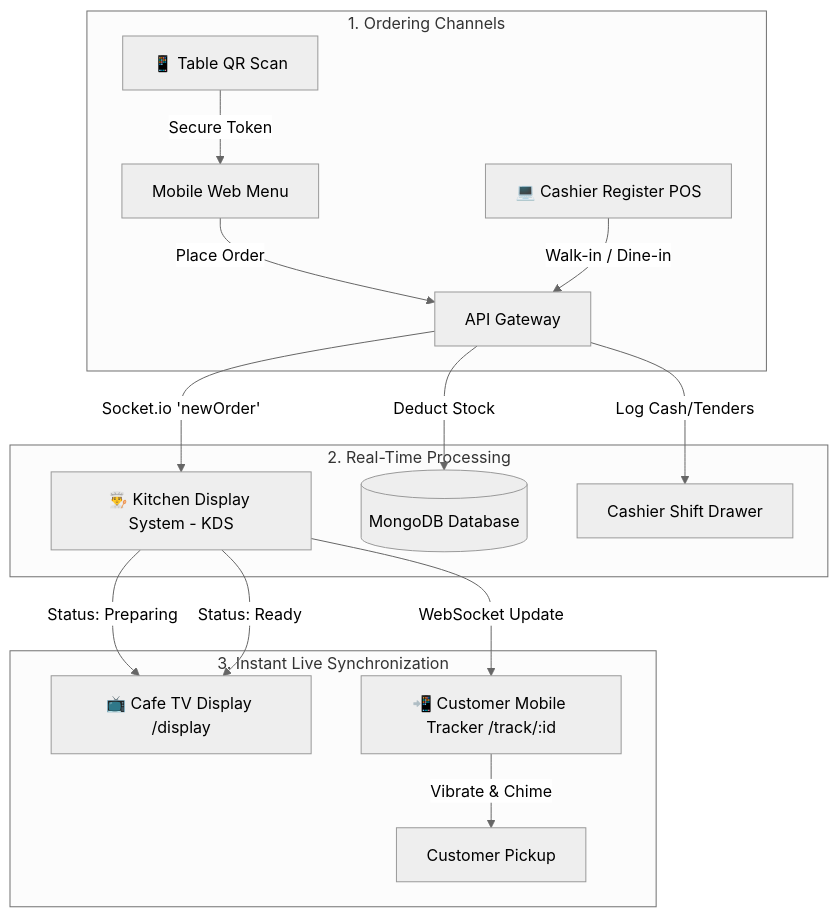
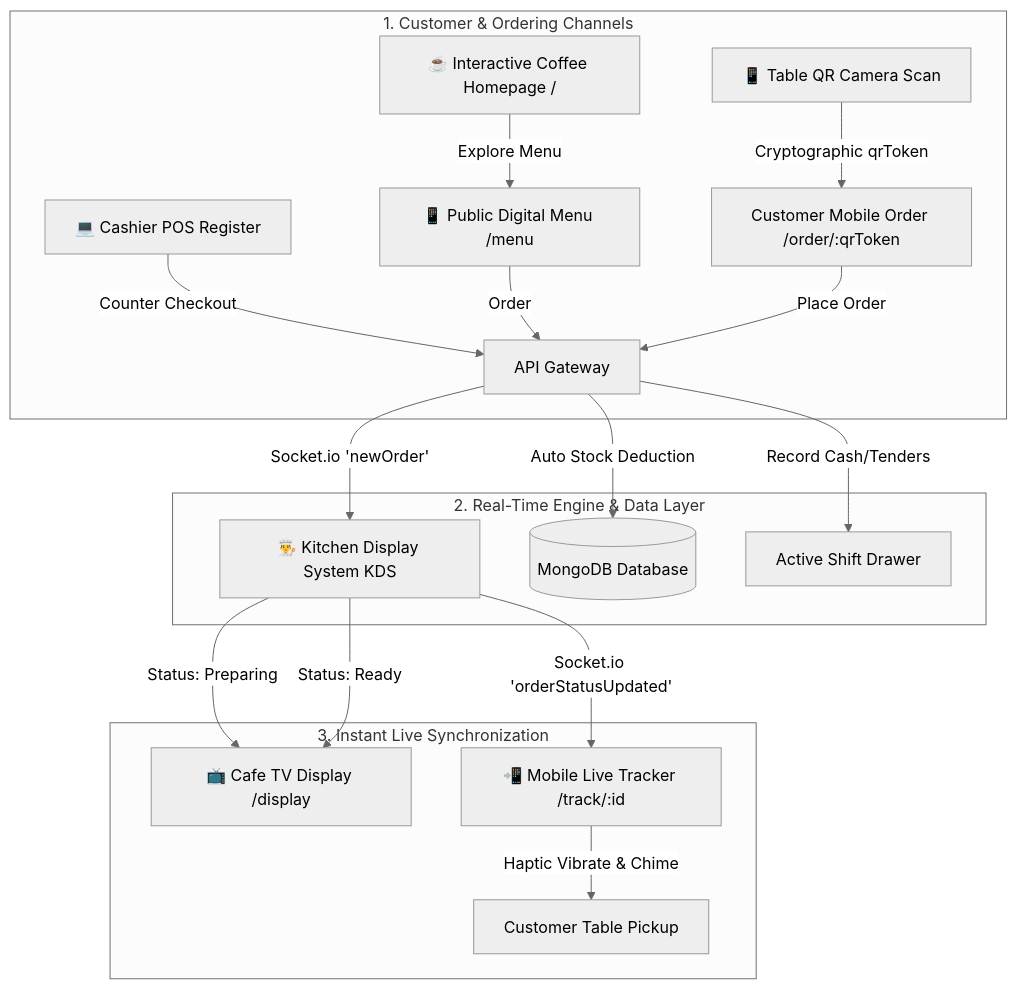
The diagram in README.MD (kazinayeem/-cafe-sync), drawn with Mermaid (neutral theme) before and after one commit. The commit also changed other lines of this file, not shown here.

Commit message:
docs: update README documentation to reflect the new specialty coffee shop ecosystem and feature set

````diff
--- a/README.MD
+++ b/README.MD
@@ -40,21 +38,23 @@
 ```mermaid
 graph TD
-    subgraph "1. Ordering Channels"
-        A[📱 Table QR Scan] -->|Secure Token| B[Mobile Web Menu]
-        B -->|Place Order| C[API Gateway]
-        D[💻 Cashier Register POS] -->|Walk-in / Dine-in| C
+    subgraph "1. Customer & Ordering Channels"
+        A[☕ Interactive Coffee Homepage /] -->|Explore Menu| B[📱 Public Digital Menu /menu]
+        C[📱 Table QR Camera Scan] -->|Cryptographic qrToken| D[Customer Mobile Order /order/:qrToken]
+        E[💻 Cashier POS Register] -->|Counter Checkout| F[API Gateway]
+        B -->|Order| F
+        D -->|Place Order| F
     end
 
-    subgraph "2. Real-Time Processing"
-        C -->|Socket.io 'newOrder'| E[👨‍🍳 Kitchen Display System - KDS]
-        C -->|Deduct Stock| F[(MongoDB Database)]
-        C -->|Log Cash/Tenders| G[Cashier Shift Drawer]
+    subgraph "2. Real-Time Engine & Data Layer"
+        F -->|Socket.io 'newOrder'| G[👨‍🍳 Kitchen Display System KDS]
+        F -->|Auto Stock Deduction| H[(MongoDB Database)]
+        F -->|Record Cash/Tenders| I[Active Shift Drawer]
     end
 
     subgraph "3. Instant Live Synchronization"
-        E -->|Status: Preparing| H[📺 Cafe TV Display /display]
-        E -->|Status: Ready| H
-        E -->|WebSocket Update| I[📲 Customer Mobile Tracker /track/:id]
-        I -->|Vibrate & Chime| J[Customer Pickup]
+        G -->|Status: Preparing| J[📺 Cafe TV Display /display]
+        G -->|Status: Ready| J
+        G -->|Socket.io 'orderStatusUpdated'| K[📲 Mobile Live Tracker /track/:id]
+        K -->|Haptic Vibrate & Chime| L[Customer Table Pickup]
     end
 ```
````
